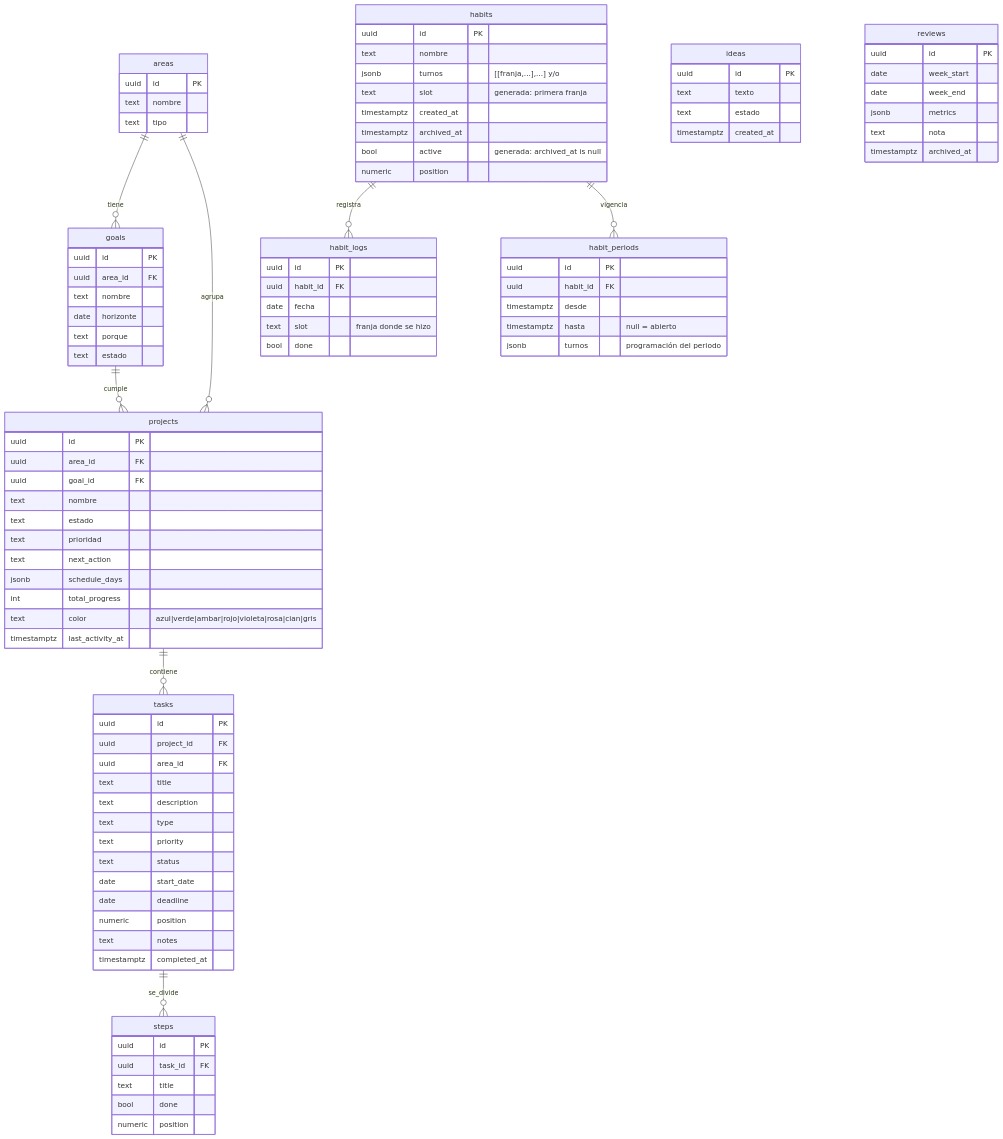
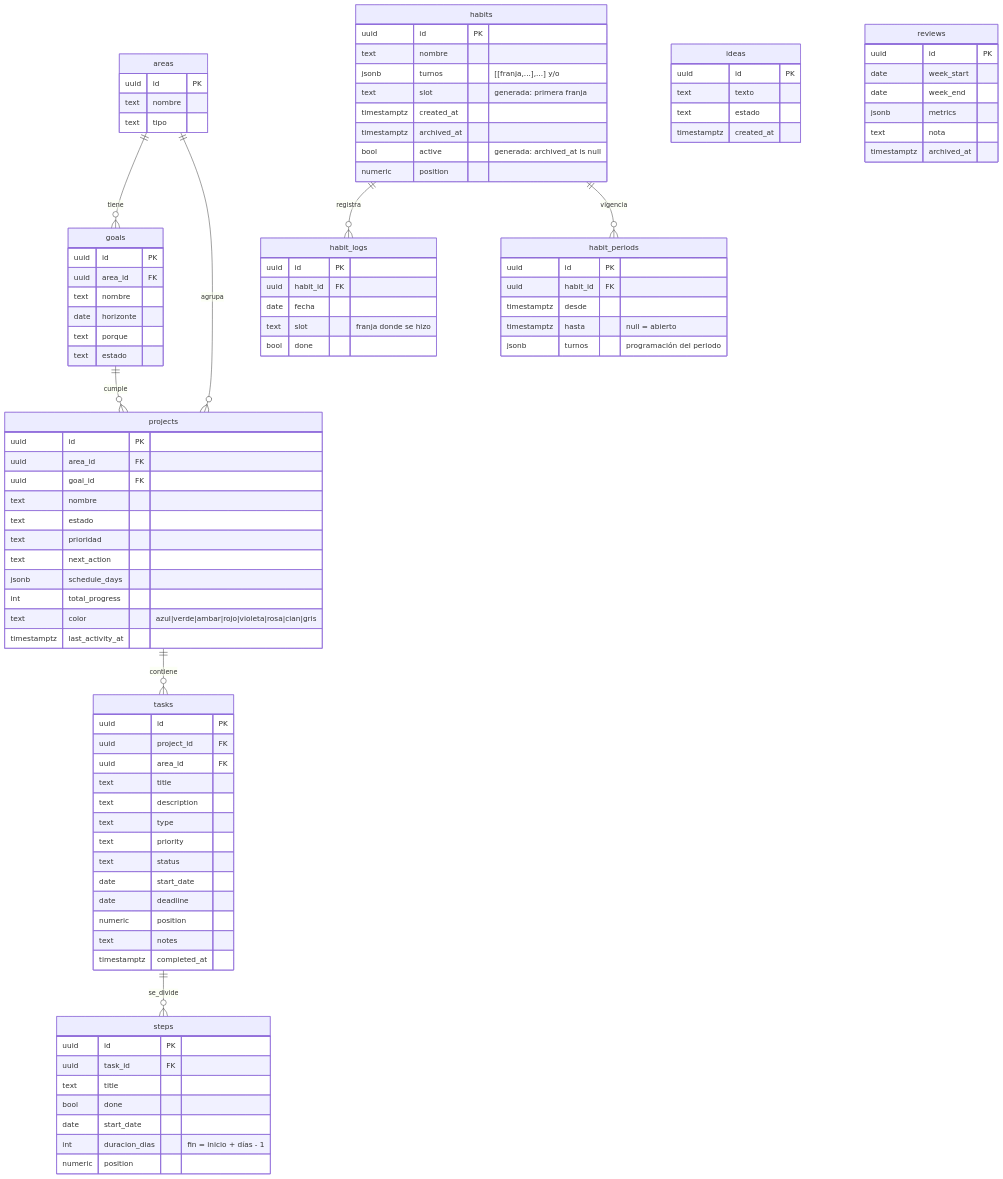
Before and after one commit to csr9497/second-brain: the diagram in docs/DATA-MODEL.md, drawn with Mermaid. The commit also changed 5 other files, not shown here.

```diff
--- a/docs/DATA-MODEL.md
+++ b/docs/DATA-MODEL.md
@@ -58,6 +58,8 @@
     uuid task_id FK
     text title
     bool done
+    date start_date
+    int duracion_dias "fin = inicio + días - 1"
     numeric position
   }
   habits {
```
